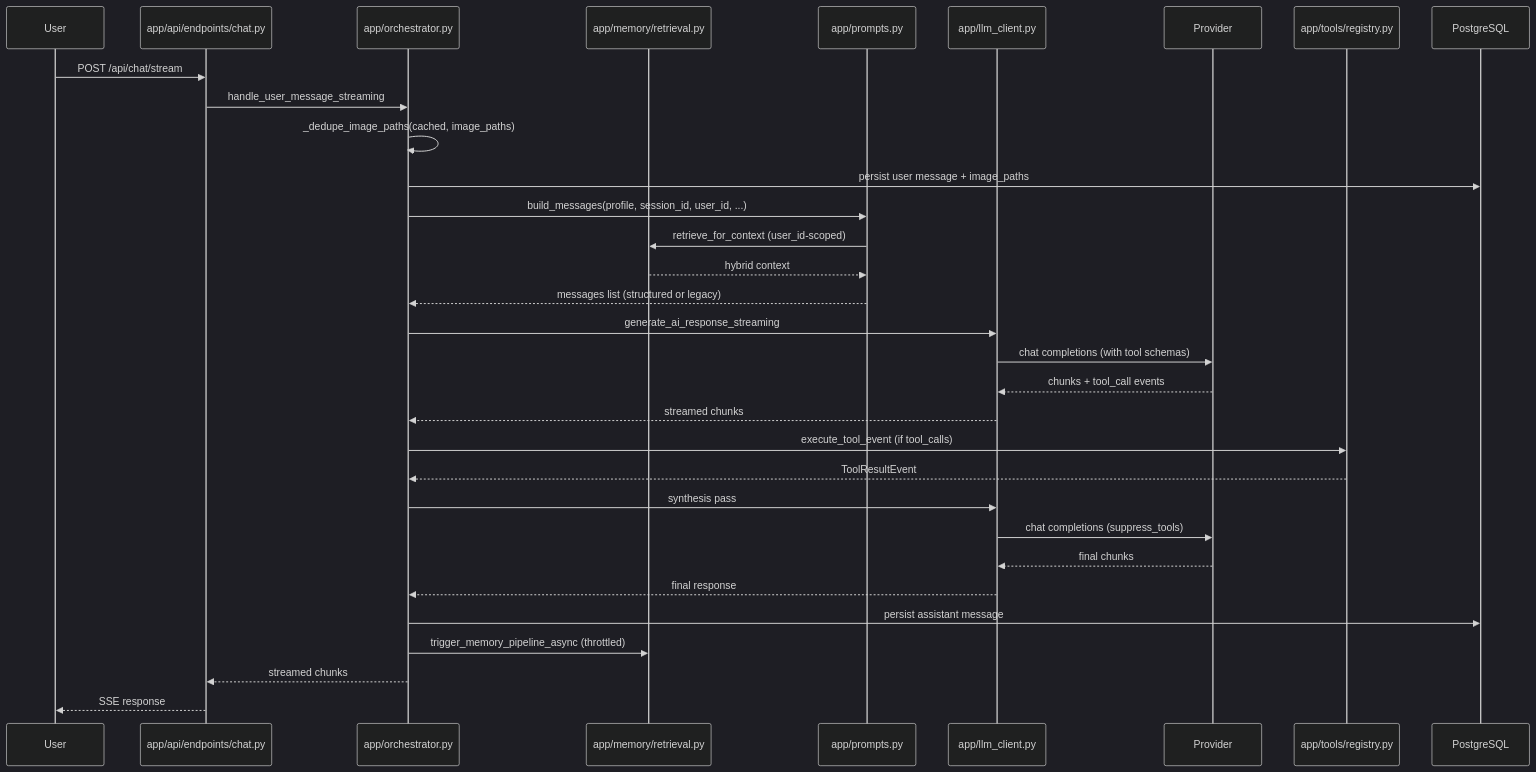
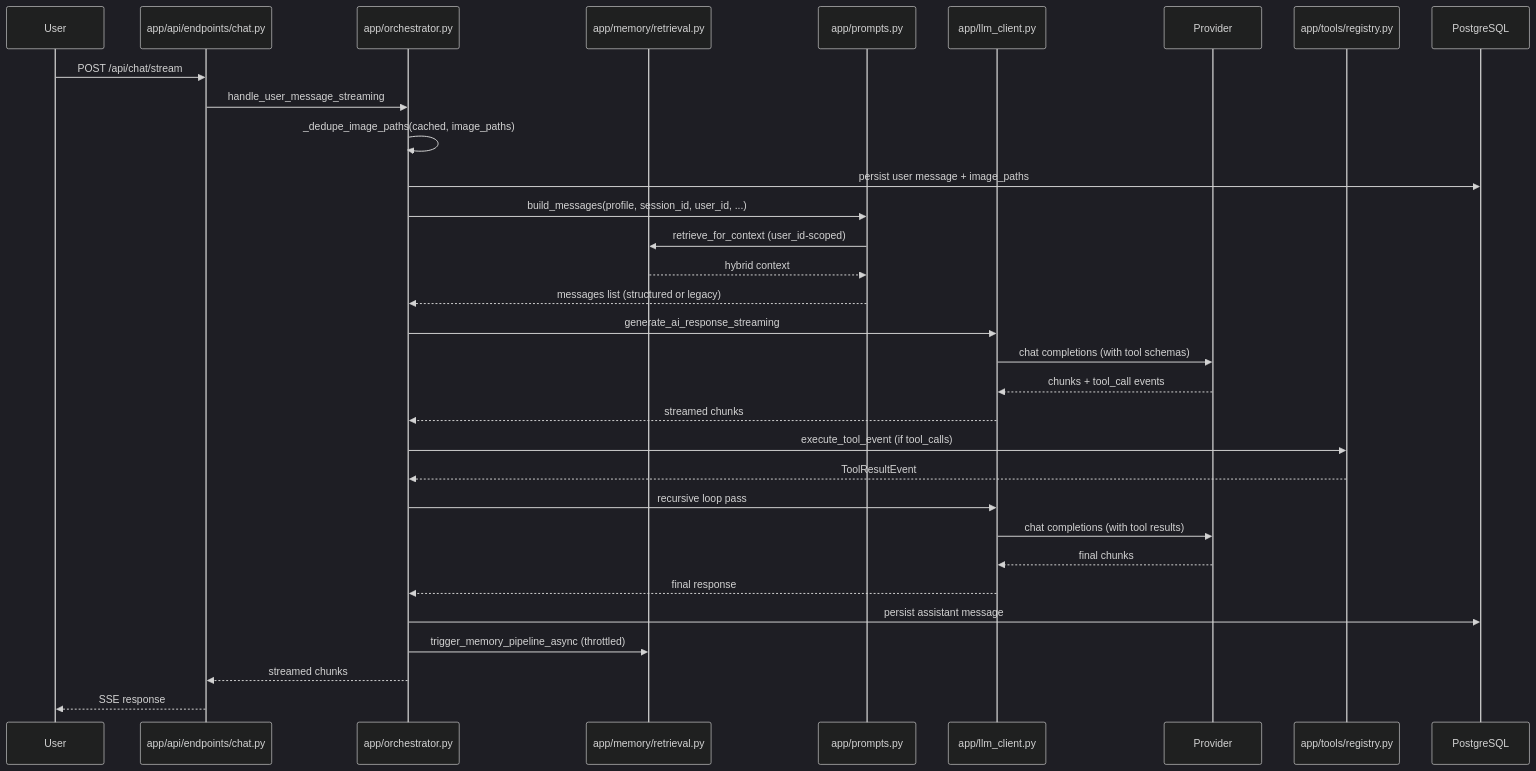
The seventh of 7 diagrams in app/README.md (icedeyes12/yuzu-core), drawn with Mermaid (dark theme) before and after one commit. The commit also changed other lines of this file and 32 other files, not shown here.

Commit message:
refactor(architecture): Strip legacy and stale terminology from docs and comments reflecting the canonical recursive loop

````diff
--- a/app/README.md
+++ b/app/README.md
@@ -624,35 +624,35 @@
 ```mermaid
 sequenceDiagram
     participant U as User
     participant API as app/api/endpoints/chat.py
     participant O as app/orchestrator.py
     participant M as app/memory/retrieval.py
     participant P as app/prompts.py
     participant L as app/llm_client.py
     participant PV as Provider
     participant T as app/tools/registry.py
     participant DB as PostgreSQL
 
     U->>API: POST /api/chat/stream
     API->>O: handle_user_message_streaming
     O->>O: _dedupe_image_paths(cached, image_paths)
     O->>DB: persist user message + image_paths
     O->>P: build_messages(profile, session_id, user_id, ...)
     P->>M: retrieve_for_context (user_id-scoped)
     M-->>P: hybrid context
     P-->>O: messages list (structured or legacy)
     O->>L: generate_ai_response_streaming
     L->>PV: chat completions (with tool schemas)
     PV-->>L: chunks + tool_call events
     L-->>O: streamed chunks
     O->>T: execute_tool_event (if tool_calls)
     T-->>O: ToolResultEvent
-    O->>L: synthesis pass
-    L->>PV: chat completions (suppress_tools)
+    O->>L: recursive loop pass
+    L->>PV: chat completions (with tool results)
     PV-->>L: final chunks
     L-->>O: final response
     O->>DB: persist assistant message
     O->>M: trigger_memory_pipeline_async (throttled)
     O-->>API: streamed chunks
     API-->>U: SSE response
 ```
````
